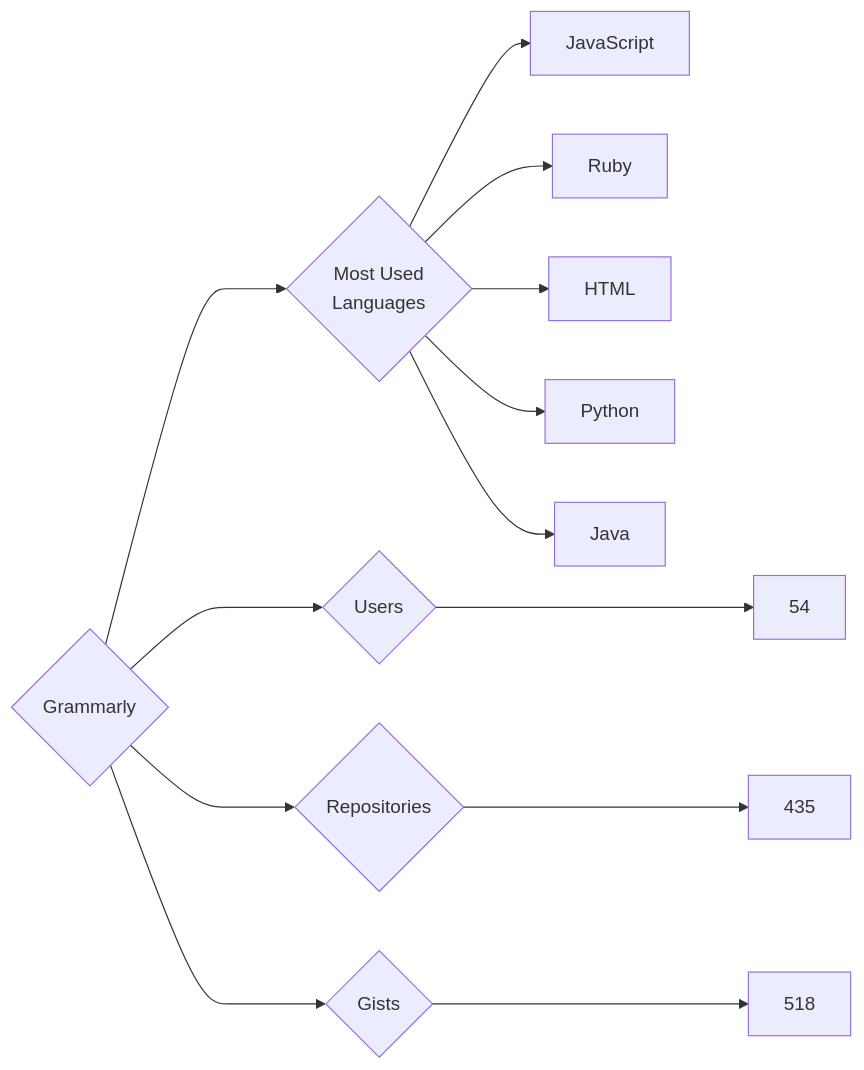
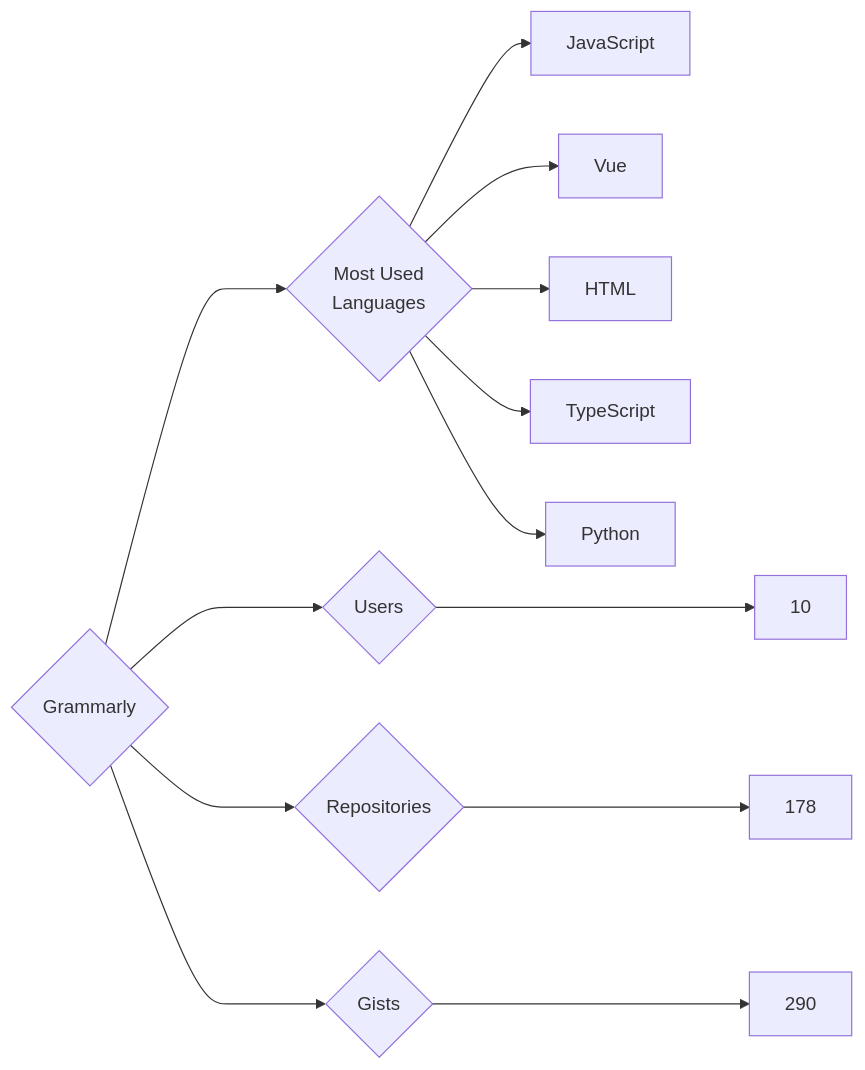
The diagram in targets/Grammarly/README.md (trickest/insiders), drawn with Mermaid before and after one commit. The commit also changed 736 other files, not shown here.

````diff
--- a/targets/Grammarly/README.md
+++ b/targets/Grammarly/README.md
@@ -3,13 +3,13 @@
 ```mermaid
 graph LR
 COMPANY_NAME{Grammarly}
-COMPANY_NAME ---> U{Users} ---> UN[54]
-COMPANY_NAME ---> R{Repositories} ---> RN[435]
-COMPANY_NAME ---> G{Gists} ---> GN[518]
+COMPANY_NAME ---> U{Users} ---> UN[10]
+COMPANY_NAME ---> R{Repositories} ---> RN[178]
+COMPANY_NAME ---> G{Gists} ---> GN[290]
 COMPANY_NAME ---> ML{Most Used<br>Languages}
 ML --> JavaScript[JavaScript]
-ML --> Ruby[Ruby]
+ML --> Vue[Vue]
 ML --> HTML[HTML]
+ML --> TypeScript[TypeScript]
 ML --> Python[Python]
-ML --> Java[Java]
 ```
````
